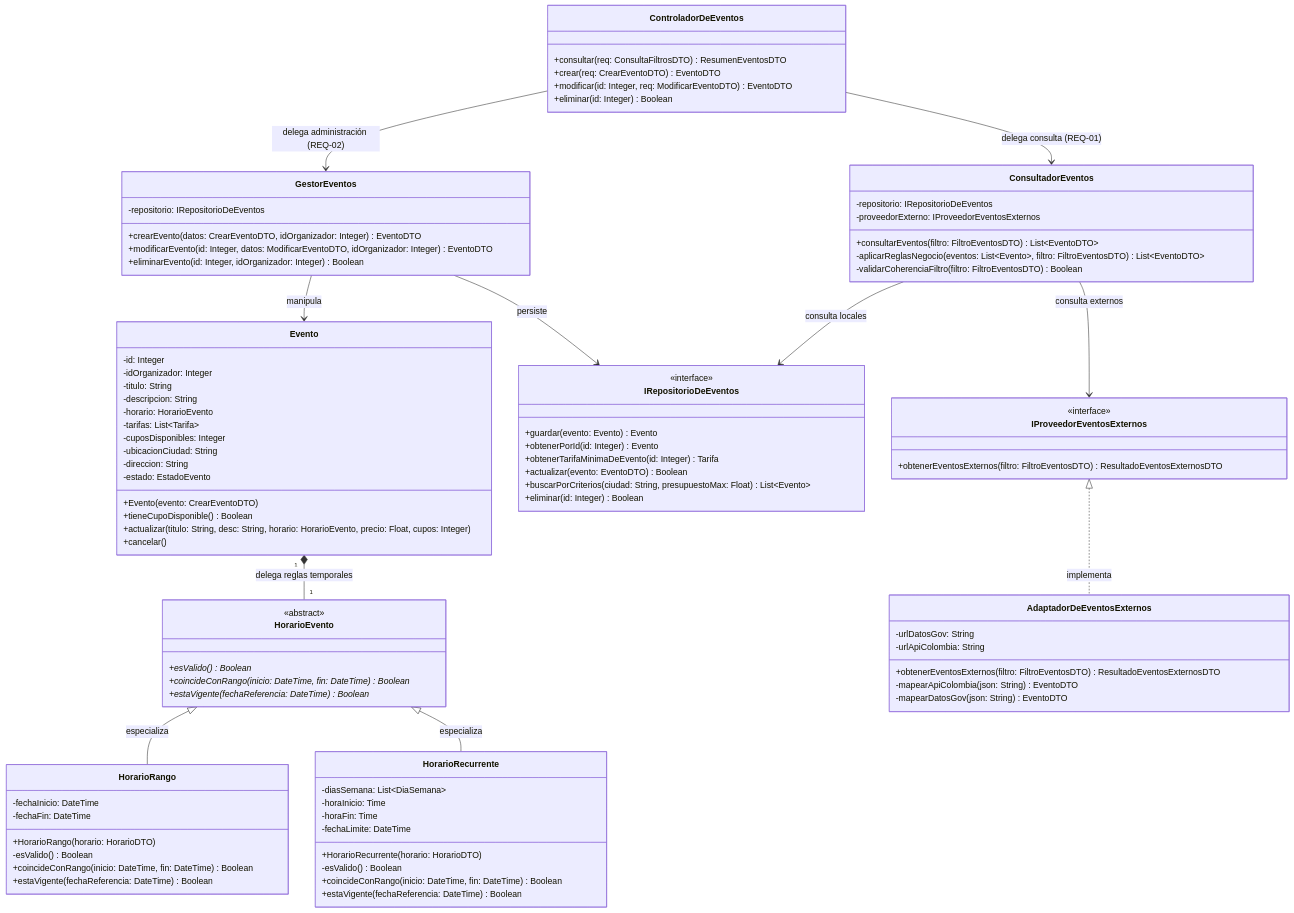
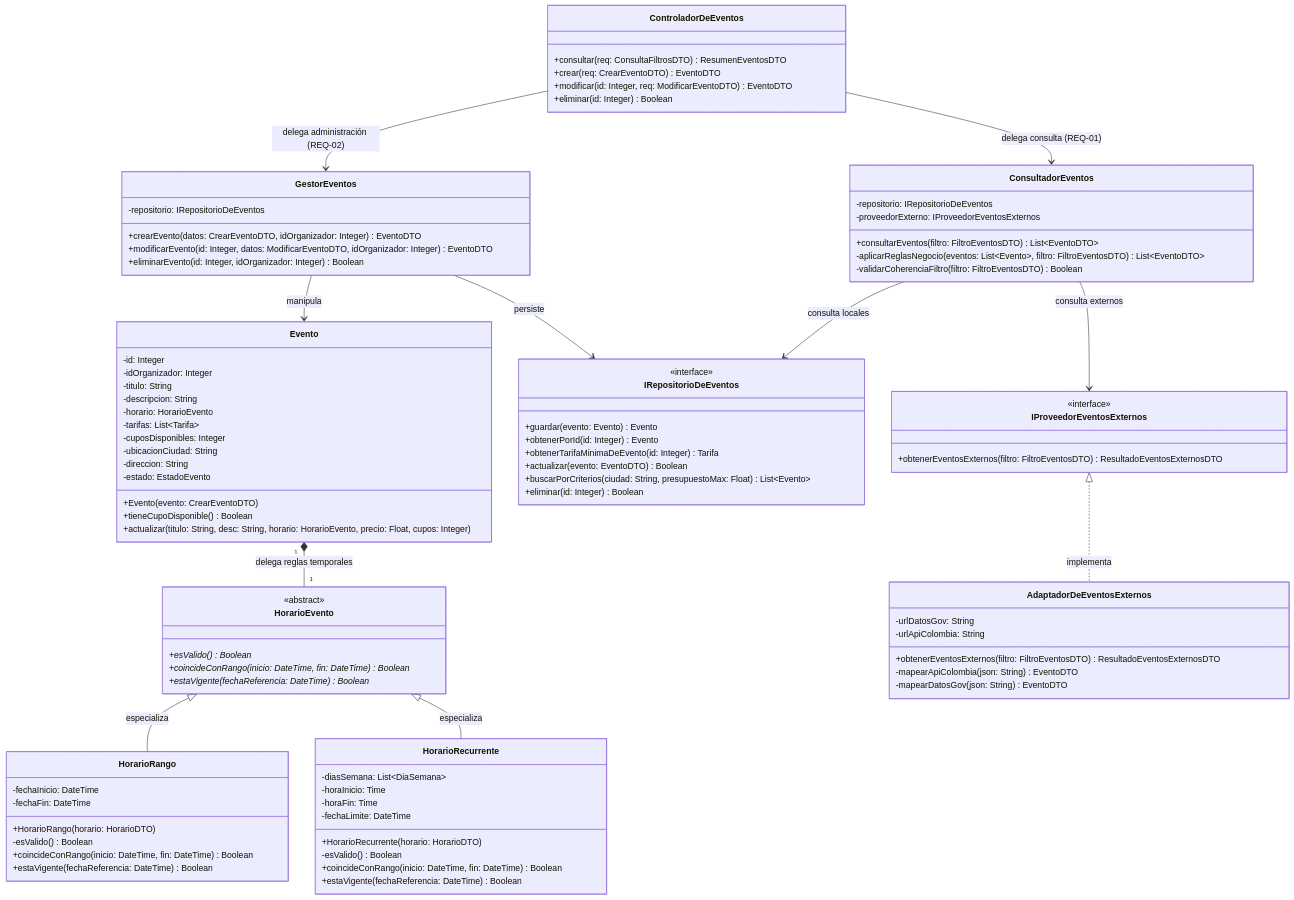
Before and after one commit to ProyectPlanning/Sistema_de_eventos: the second of 3 diagrams in Docs/Design/Diseño Arquitectónico detallado 01.md, drawn with Mermaid.

Commit message:
Remove 'cancelar' method from Evento class
Removed the 'cancelar' method from the Evento class.

```diff
--- a/Docs/Design/Diseño Arquitectónico detallado 01.md
+++ b/Docs/Design/Diseño Arquitectónico detallado 01.md
@@ -176,7 +176,6 @@
         +Evento(evento: CrearEventoDTO)
         +tieneCupoDisponible() Boolean
         +actualizar(titulo: String, desc: String, horario: HorarioEvento, precio: Float, cupos: Integer)
-        +cancelar()
     }
 
     class HorarioEvento {
```
